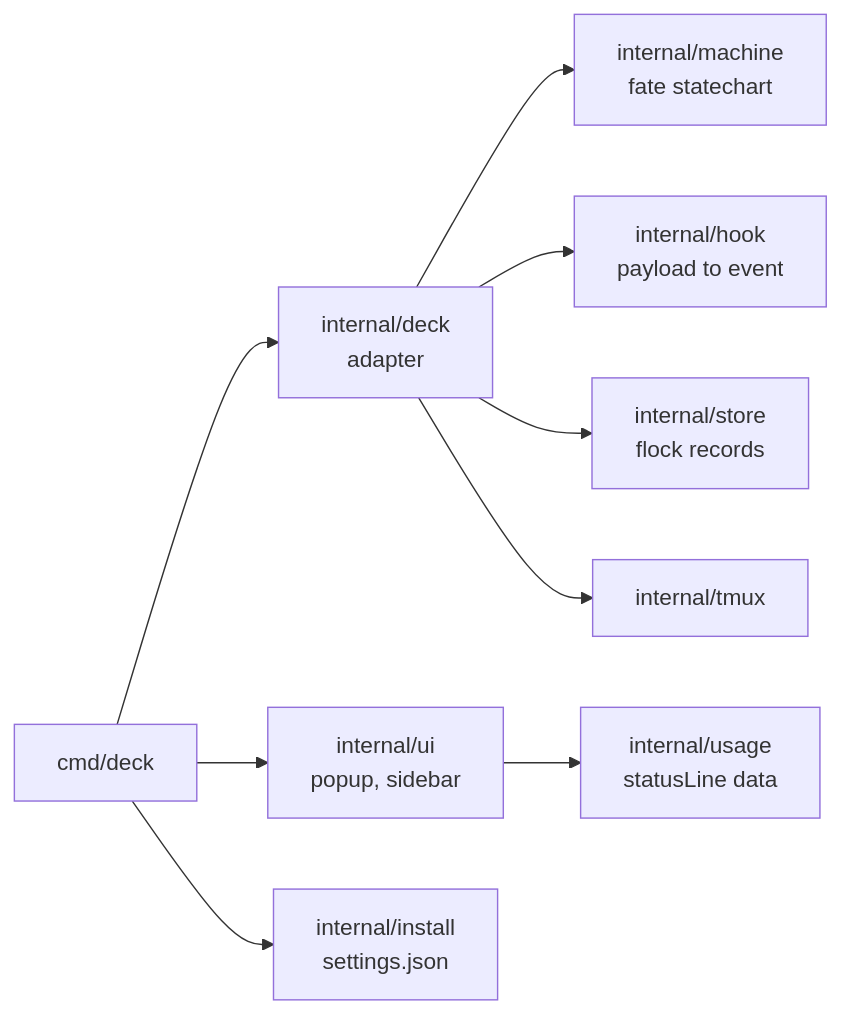
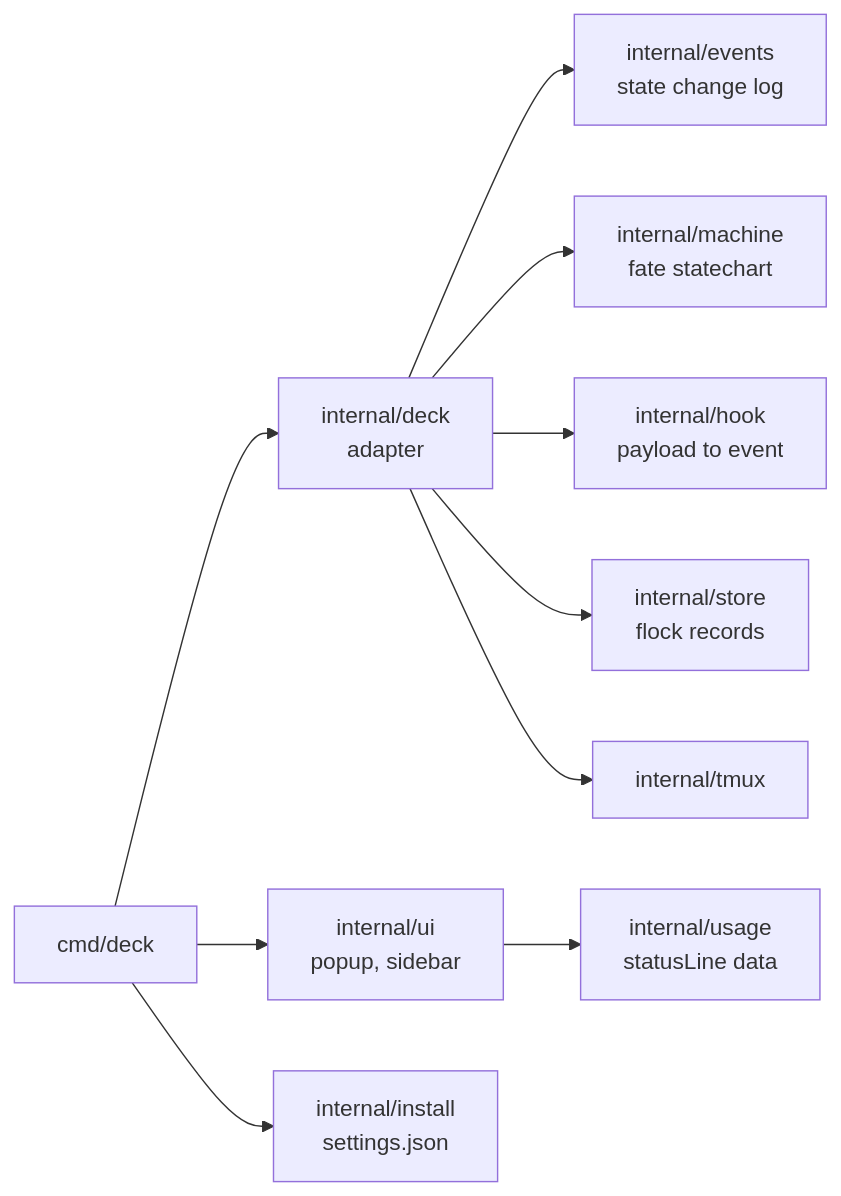
Before and after one commit to arisros/tmux-agent-deck: the fourth of 4 diagrams in README.md, drawn with Mermaid. The commit also changed other lines of this file and 20 other files, not shown here.

````diff
--- a/README.md
+++ b/README.md
@@ -191,11 +192,12 @@
 ```mermaid
 flowchart LR
   cmd[cmd/deck] --> deck[internal/deck<br/>adapter]
   cmd --> ui[internal/ui<br/>popup, sidebar]
   cmd --> install[internal/install<br/>settings.json]
+  deck --> events[internal/events<br/>state change log]
   deck --> machine[internal/machine<br/>fate statechart]
   deck --> hook[internal/hook<br/>payload to event]
   deck --> store[internal/store<br/>flock records]
   deck --> tmux[internal/tmux]
   ui --> usage[internal/usage<br/>statusLine data]
 ```
````
